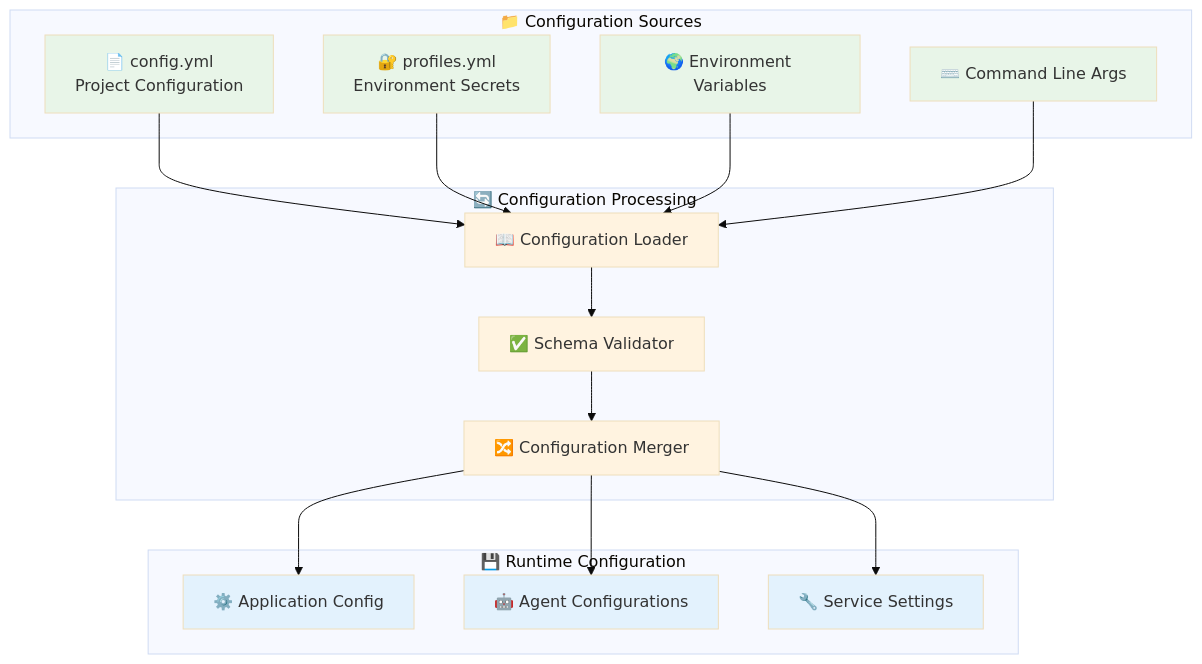
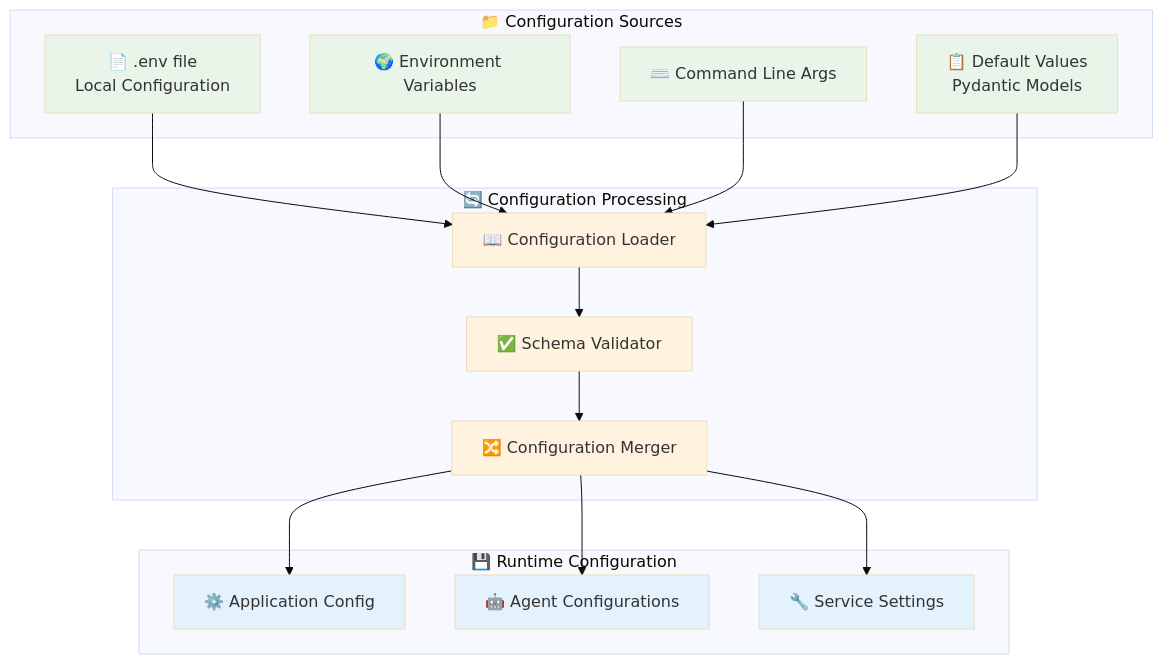
Before and after one commit to the-ingenious-dark-knight/Insight_Ingenious: the tenth of 13 diagrams in docs/architecture/README.md, drawn with Mermaid (base theme). The commit also changed other lines of this file and 3 other files, not shown here.

````diff
--- a/docs/architecture/README.md
+++ b/docs/architecture/README.md
@@ -538,40 +538,40 @@
 ```mermaid
 graph TB
     subgraph "📁 Configuration Sources"
-        CONFIG_FILE[📄 config.yml<br/>Project Configuration]
-        PROFILES_FILE[🔐 profiles.yml<br/>Environment Secrets]
+        ENV_FILE[📄 .env file<br/>Local Configuration]
         ENV_VARS[🌍 Environment Variables]
         CLI_ARGS[⌨️ Command Line Args]
+        DEFAULTS[📋 Default Values<br/>Pydantic Models]
     end
 
     subgraph "🔄 Configuration Processing"
         LOADER[📖 Configuration Loader]
         VALIDATOR[✅ Schema Validator]
         MERGER[🔀 Configuration Merger]
     end
 
     subgraph "💾 Runtime Configuration"
         APP_CONFIG[⚙️ Application Config]
         AGENT_CONFIG[🤖 Agent Configurations]
         SERVICE_CONFIG[🔧 Service Settings]
     end
 
-    CONFIG_FILE --> LOADER
-    PROFILES_FILE --> LOADER
+    ENV_FILE --> LOADER
     ENV_VARS --> LOADER
     CLI_ARGS --> LOADER
+    DEFAULTS --> LOADER
 
     LOADER --> VALIDATOR
     VALIDATOR --> MERGER
     MERGER --> APP_CONFIG
     MERGER --> AGENT_CONFIG
     MERGER --> SERVICE_CONFIG
 
     classDef source fill:#e8f5e8
     classDef process fill:#fff3e0
     classDef runtime fill:#e3f2fd
 
-    class CONFIG_FILE,PROFILES_FILE,ENV_VARS,CLI_ARGS source
+    class ENV_FILE,ENV_VARS,CLI_ARGS,DEFAULTS source
     class LOADER,VALIDATOR,MERGER process
     class APP_CONFIG,AGENT_CONFIG,SERVICE_CONFIG runtime
 ```
````
